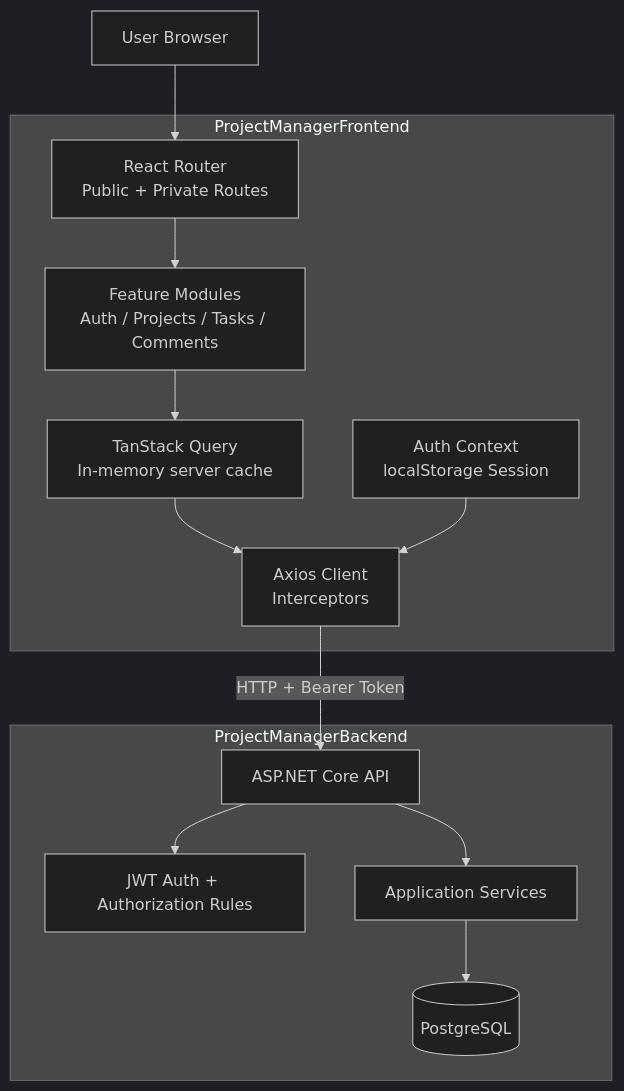
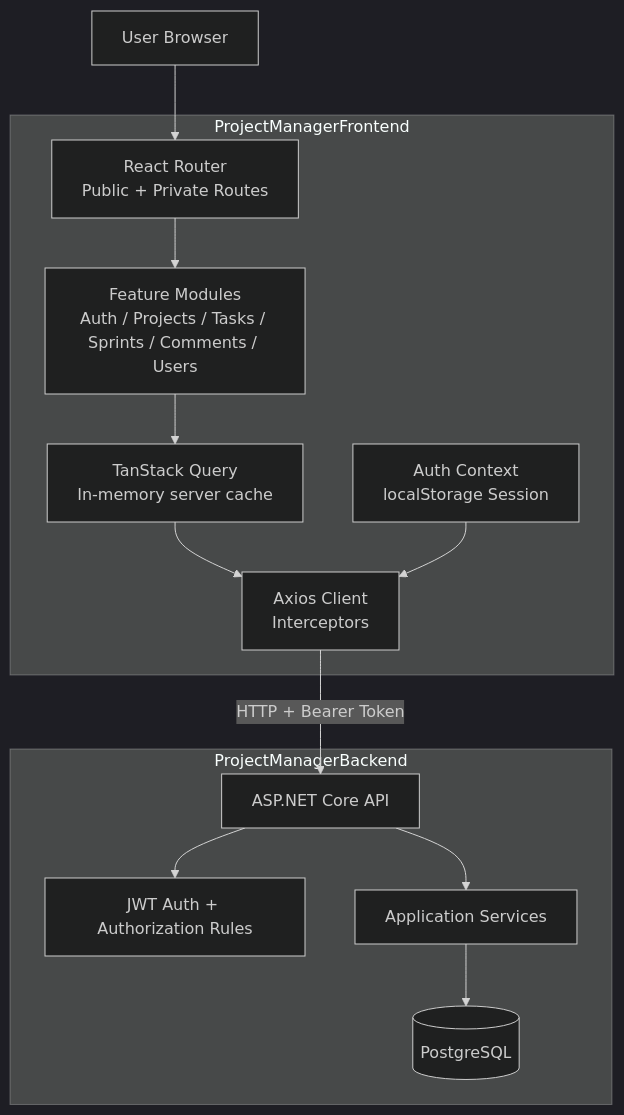
One commit to juandaalean/ProjectManagerFrontend changed the diagram in README.md. Above: the diagram before and after it, drawn with Mermaid (dark theme). The commit also changed other lines of this file and 5 other files, not shown here.

````diff
--- a/README.md
+++ b/README.md
@@ -485,31 +266,31 @@
 ```mermaid
 flowchart TD
   User[User Browser]
 
   subgraph FE[ProjectManagerFrontend]
     Router[React Router\nPublic + Private Routes]
     Auth[Auth Context\nlocalStorage Session]
     Query[TanStack Query\nIn-memory server cache]
     Http[Axios Client\nInterceptors]
-    Features[Feature Modules\nAuth / Projects / Tasks / Comments]
+    Features[Feature Modules\nAuth / Projects / Tasks / Sprints / Comments / Users]
 
     Router --> Features
     Features --> Query
     Query --> Http
     Auth --> Http
   end
 
   subgraph BE[ProjectManagerBackend]
     Api[ASP.NET Core API]
     Jwt[JWT Auth + Authorization Rules]
     Services[Application Services]
     Db[(PostgreSQL)]
 
     Api --> Jwt
     Api --> Services
     Services --> Db
   end
 
   User --> Router
   Http -->|HTTP + Bearer Token| Api
 ```
````
